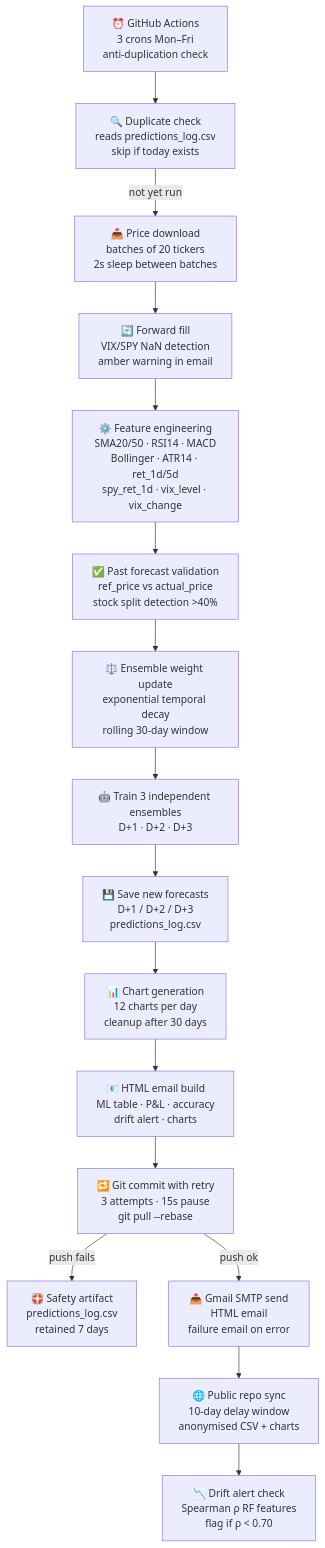
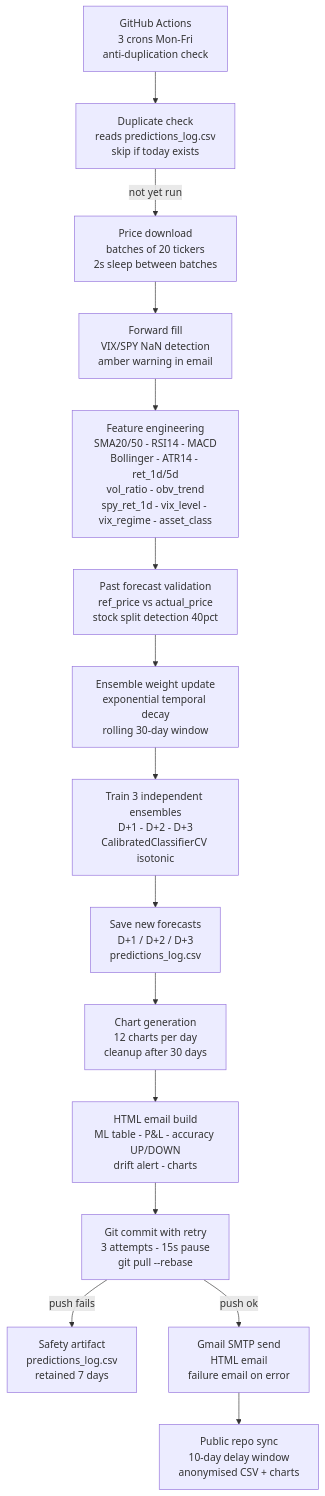
The first of 2 diagrams in .claude/commands/roadmap.md (srxkatsumi/smart-wallet-ml), drawn with Mermaid before and after one commit. The commit also changed other lines of this file and 7 other files, not shown here.

First line of the commit message:
feat: volume features, ATR threshold targets, co-occurrence feature e baselines comparativos

````diff
--- a/.claude/commands/roadmap.md
+++ b/.claude/commands/roadmap.md
@@ -114,18 +295,17 @@
    ```mermaid
    flowchart TD
-       A["⏰ GitHub Actions\n3 crons Mon–Fri\nanti-duplication check"] --> B["🔍 Duplicate check\nreads predictions_log.csv\nskip if today exists"]
-       B -->|not yet run| C["📥 Price download\nbatches of 20 tickers\n2s sleep between batches"]
-       C --> D["🔄 Forward fill\nVIX/SPY NaN detection\namber warning in email"]
-       D --> E["⚙️ Feature engineering\nSMA20/50 · RSI14 · MACD\nBollinger · ATR14 · ret_1d/5d\nspy_ret_1d · vix_level · vix_change"]
-       E --> F["✅ Past forecast validation\nref_price vs actual_price\nstock split detection >40%"]
-       F --> G["⚖️ Ensemble weight update\nexponential temporal decay\nrolling 30-day window"]
-       G --> H["🤖 Train 3 independent ensembles\nD+1 · D+2 · D+3"]
-       H --> I["💾 Save new forecasts\nD+1 / D+2 / D+3\npredictions_log.csv"]
-       I --> J["📊 Chart generation\n12 charts per day\ncleanup after 30 days"]
-       J --> K["📧 HTML email build\nML table · P&L · accuracy\ndrift alert · charts"]
-       K --> L["🔁 Git commit with retry\n3 attempts · 15s pause\ngit pull --rebase"]
-       L -->|push fails| M["🛟 Safety artifact\npredictions_log.csv\nretained 7 days"]
-       L -->|push ok| N["📤 Gmail SMTP send\nHTML email\nfailure email on error"]
-       N --> O["🌐 Public repo sync\n10-day delay window\nanonymised CSV + charts"]
-       O --> P["📉 Drift alert check\nSpearman ρ RF features\nflag if ρ < 0.70"]
+       A["GitHub Actions\n3 crons Mon-Fri\nanti-duplication check"] --> B["Duplicate check\nreads predictions_log.csv\nskip if today exists"]
+       B -->|not yet run| C["Price download\nbatches of 20 tickers\n2s sleep between batches"]
+       C --> D["Forward fill\nVIX/SPY NaN detection\namber warning in email"]
+       D --> E["Feature engineering\nSMA20/50 - RSI14 - MACD\nBollinger - ATR14 - ret_1d/5d\nvol_ratio - obv_trend\nspy_ret_1d - vix_level - vix_regime - asset_class"]
+       E --> F["Past forecast validation\nref_price vs actual_price\nstock split detection 40pct"]
+       F --> G["Ensemble weight update\nexponential temporal decay\nrolling 30-day window"]
+       G --> H["Train 3 independent ensembles\nD+1 - D+2 - D+3\nCalibratedClassifierCV isotonic"]
+       H --> I["Save new forecasts\nD+1 / D+2 / D+3\npredictions_log.csv"]
+       I --> J["Chart generation\n12 charts per day\ncleanup after 30 days"]
+       J --> K["HTML email build\nML table - P&L - accuracy UP/DOWN\ndrift alert - charts"]
+       K --> L["Git commit with retry\n3 attempts - 15s pause\ngit pull --rebase"]
+       L -->|push fails| M["Safety artifact\npredictions_log.csv\nretained 7 days"]
+       L -->|push ok| N["Gmail SMTP send\nHTML email\nfailure email on error"]
+       N --> O["Public repo sync\n10-day delay window\nanonymised CSV + charts"]
    ```
````
